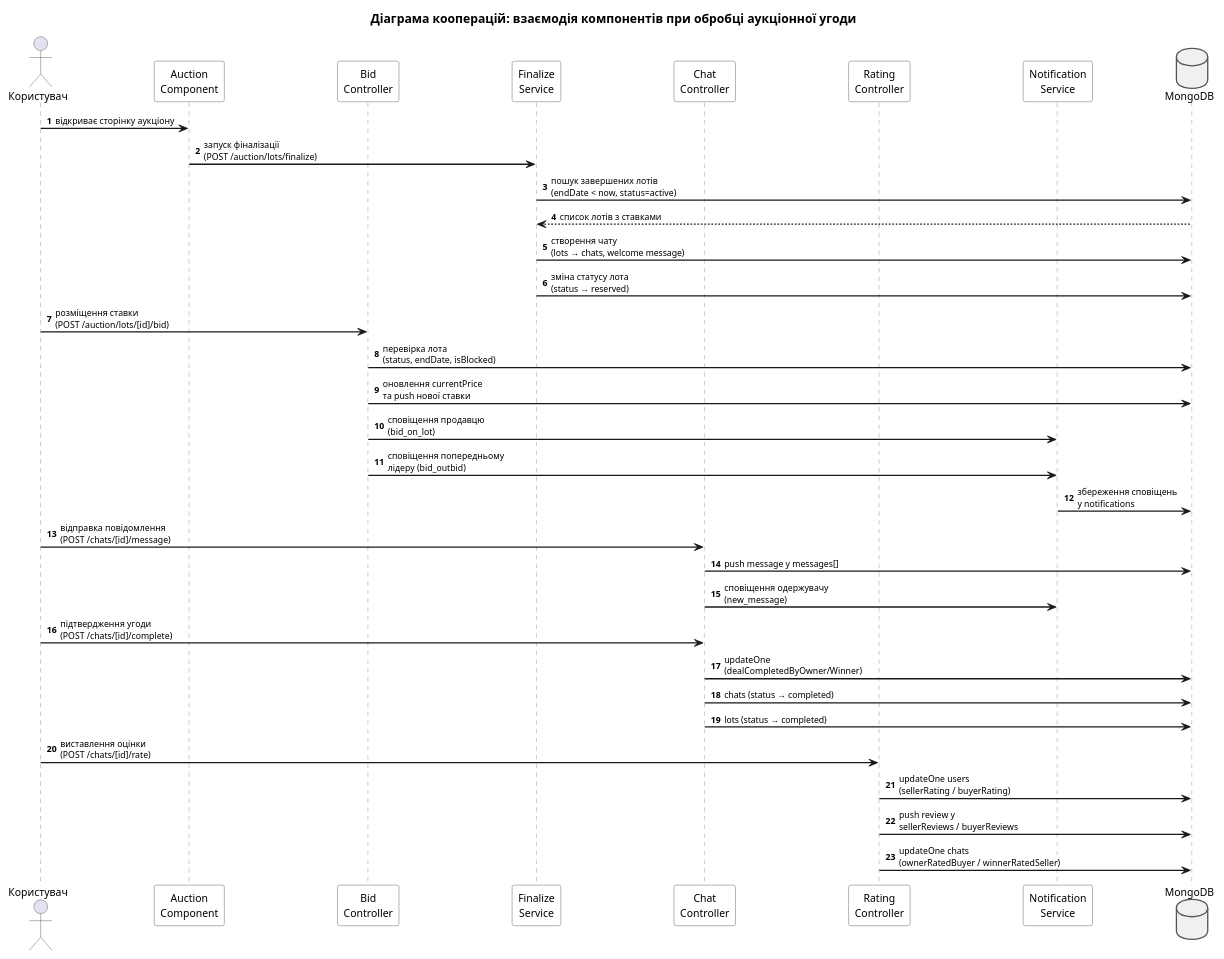
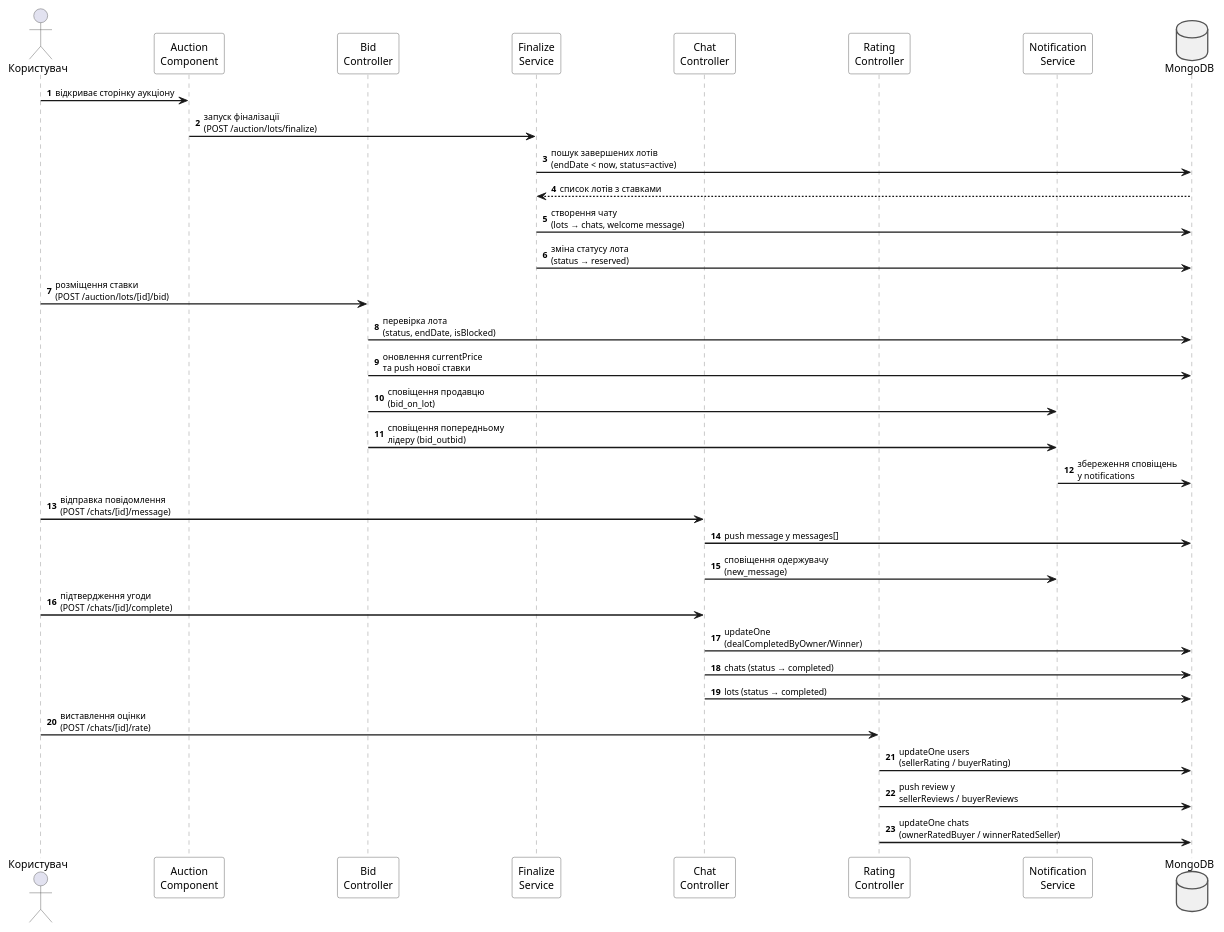
One commit to ViktorMinaylenko/RoyalTick changed the diagram in diagrams/cooperation_auction.puml. Above: the diagram before and after it, drawn with PlantUML. The commit also changed 82 other files, not shown here.

```diff
--- a/diagrams/cooperation_auction.puml
+++ b/diagrams/cooperation_auction.puml
@@ -1,56 +1,54 @@
 @startuml
 skinparam backgroundColor #FFFFFF
 skinparam defaultFontName Arial
 skinparam defaultFontSize 12
 skinparam sequenceArrowThickness 1.5
 skinparam sequenceParticipantBorderColor #555555
 skinparam sequenceParticipantBackgroundColor #FFFFFF
 skinparam sequenceLifeLineBorderColor #888888
 skinparam ArrowFontSize 10
 skinparam ParticipantPadding 60
 skinparam BoxPadding 40
 skinparam actorBorderColor #555555
 skinparam databaseBorderColor #555555
 skinparam databaseBackgroundColor #F0F0F0
 
 autonumber
-
-title Діаграма кооперацій: взаємодія компонентів при обробці аукціонної угоди
 
 actor "Користувач" as USER
 participant "Auction\nComponent" as AC
 participant "Bid\nController" as BC
 participant "Finalize\nService" as FS
 participant "Chat\nController" as CC
 participant "Rating\nController" as RC
 participant "Notification\nService" as NS
 database "MongoDB" as DB
 
 USER -> AC: відкриває сторінку аукціону
 AC -> FS: запуск фіналізації\n(POST /auction/lots/finalize)
 FS -> DB: пошук завершених лотів\n(endDate < now, status=active)
 DB --> FS: список лотів з ставками
 FS -> DB: створення чату\n(lots → chats, welcome message)
 FS -> DB: зміна статусу лота\n(status → reserved)
 
 USER -> BC: розміщення ставки\n(POST /auction/lots/[id]/bid)
 BC -> DB: перевірка лота\n(status, endDate, isBlocked)
 BC -> DB: оновлення currentPrice\nта push нової ставки
 BC -> NS: сповіщення продавцю\n(bid_on_lot)
 BC -> NS: сповіщення попередньому\nлідеру (bid_outbid)
 NS -> DB: збереження сповіщень\nу notifications
 
 USER -> CC: відправка повідомлення\n(POST /chats/[id]/message)
 CC -> DB: push message у messages[]
 CC -> NS: сповіщення одержувачу\n(new_message)
 
 USER -> CC: підтвердження угоди\n(POST /chats/[id]/complete)
 CC -> DB: updateOne\n(dealCompletedByOwner/Winner)
 CC -> DB: chats (status → completed)
 CC -> DB: lots (status → completed)
 
 USER -> RC: виставлення оцінки\n(POST /chats/[id]/rate)
 RC -> DB: updateOne users\n(sellerRating / buyerRating)
 RC -> DB: push review у\nsellerReviews / buyerReviews
 RC -> DB: updateOne chats\n(ownerRatedBuyer / winnerRatedSeller)
 @enduml
```
